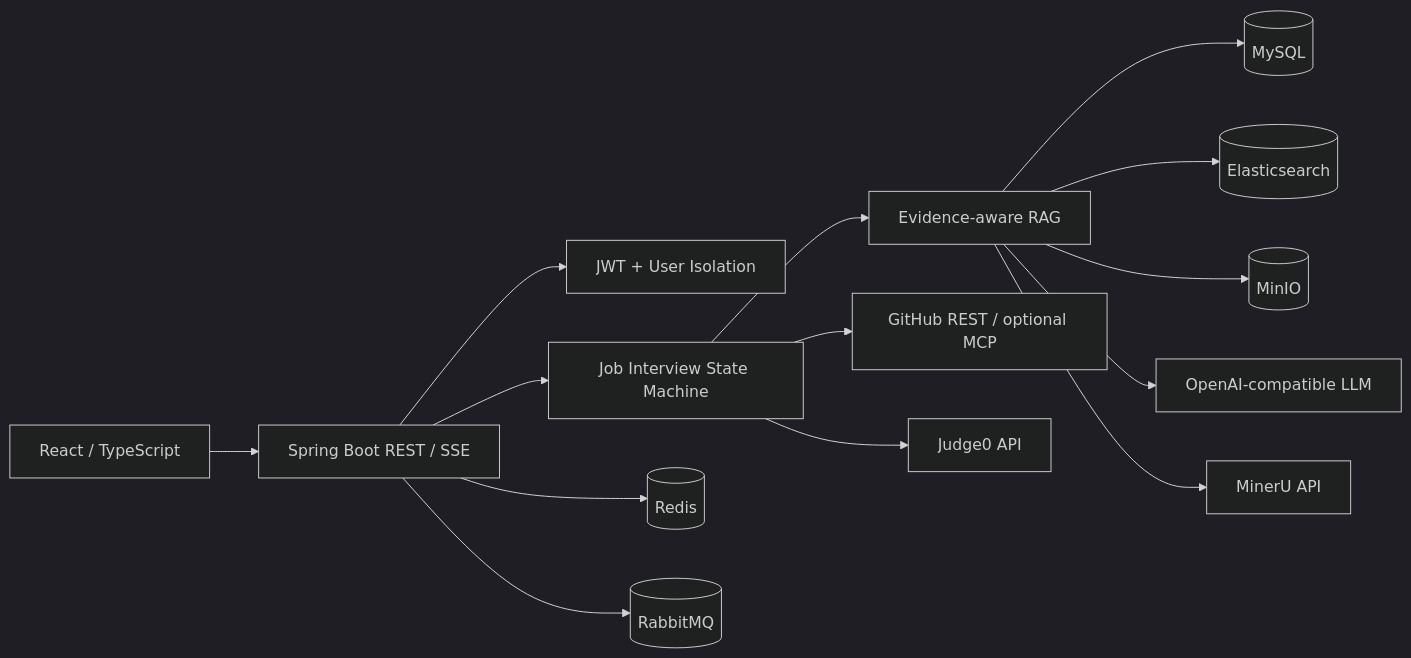
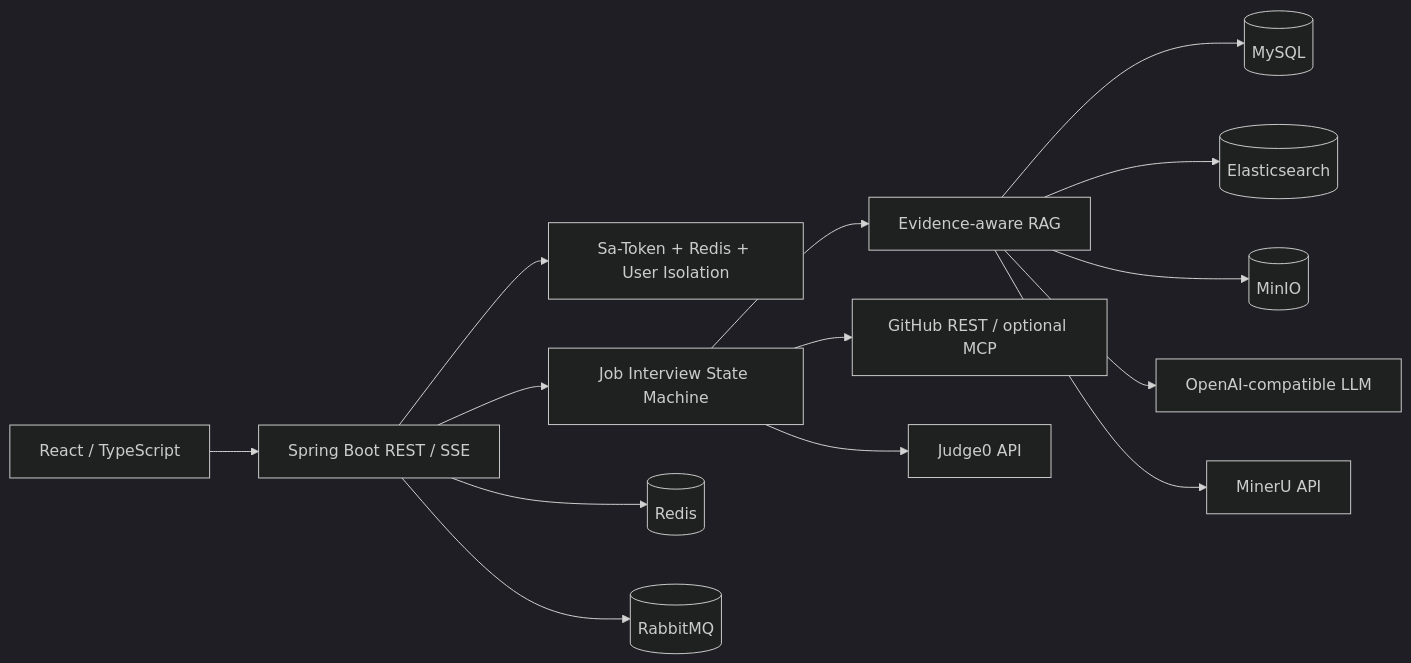
The diagram in README.md (zhanglinrun/ai-interview), drawn with Mermaid (dark theme) before and after one commit. The commit also changed other lines of this file and 1579 other files, not shown here.

````diff
--- a/README.md
+++ b/README.md
@@ -37,16 +37,16 @@
 ```mermaid
 flowchart LR
   UI["React / TypeScript"] --> API["Spring Boot REST / SSE"]
-  API --> Auth["JWT + User Isolation"]
+  API --> Auth["Sa-Token + Redis + User Isolation"]
   API --> Interview["Job Interview State Machine"]
   Interview --> RAG["Evidence-aware RAG"]
   RAG --> MySQL[(MySQL)]
   RAG --> ES[(Elasticsearch)]
   RAG --> MinIO[(MinIO)]
   API --> Redis[(Redis)]
   API --> MQ[(RabbitMQ)]
   RAG --> Model["OpenAI-compatible LLM"]
   RAG --> MinerU["MinerU API"]
   Interview --> GitHub["GitHub REST / optional MCP"]
   Interview --> Judge0["Judge0 API"]
 ```
````
